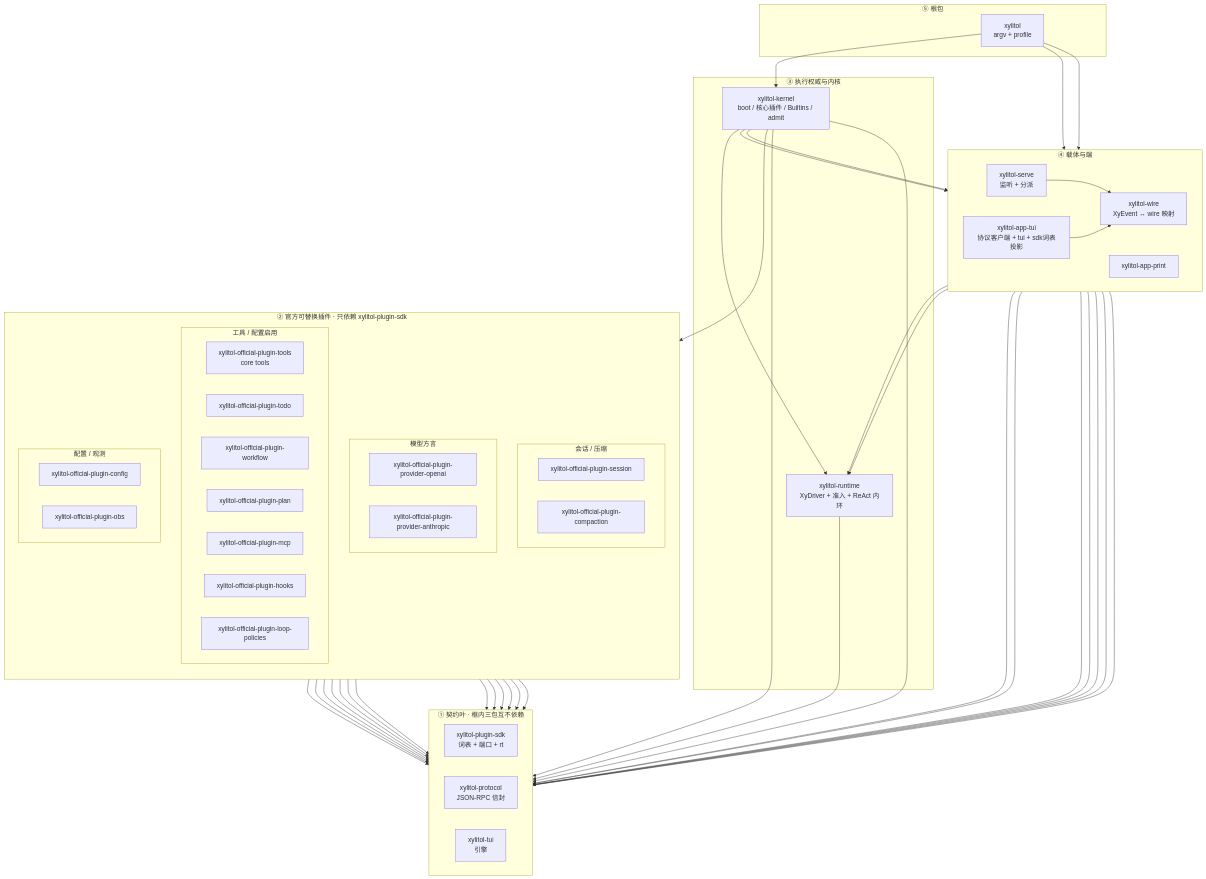
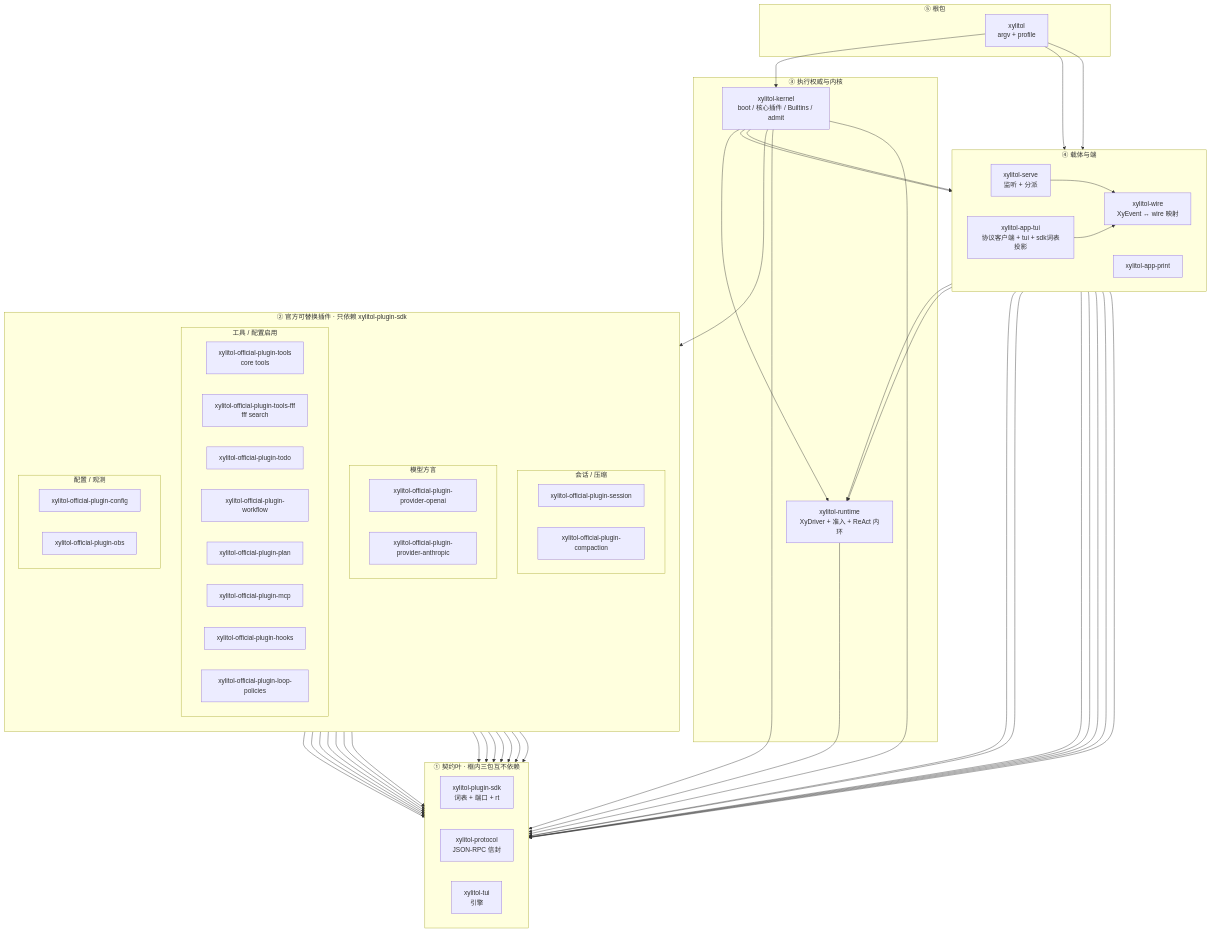
The diagram in src/AGENTS.md (StrayDragon/xylitol), drawn with Mermaid before and after one commit. The commit also changed other lines of this file and 46 other files, not shown here.

First line of the commit message:
feat: fff search tools and generic tool selection (c2997) (#38)

```diff
--- a/src/AGENTS.md
+++ b/src/AGENTS.md
@@ -42,6 +42,7 @@
     subgraph plugins_ext["工具 / 配置启用"]
       direction LR
       xylitol_official_plugin_tools["xylitol-official-plugin-tools<br/>core tools"]
+      xylitol_official_plugin_tools_fff["xylitol-official-plugin-tools-fff<br/>fff search"]
       xylitol_official_plugin_todo["xylitol-official-plugin-todo"]
       xylitol_official_plugin_workflow["xylitol-official-plugin-workflow"]
       xylitol_official_plugin_plan["xylitol-official-plugin-plan"]
@@ -78,6 +79,7 @@
   xylitol_official_plugin_provider_openai --> xylitol_plugin_sdk
   xylitol_official_plugin_provider_anthropic --> xylitol_plugin_sdk
   xylitol_official_plugin_tools --> xylitol_plugin_sdk
+  xylitol_official_plugin_tools_fff --> xylitol_plugin_sdk
   xylitol_official_plugin_todo --> xylitol_plugin_sdk
   xylitol_official_plugin_workflow --> xylitol_plugin_sdk
   xylitol_official_plugin_plan --> xylitol_plugin_sdk
```
